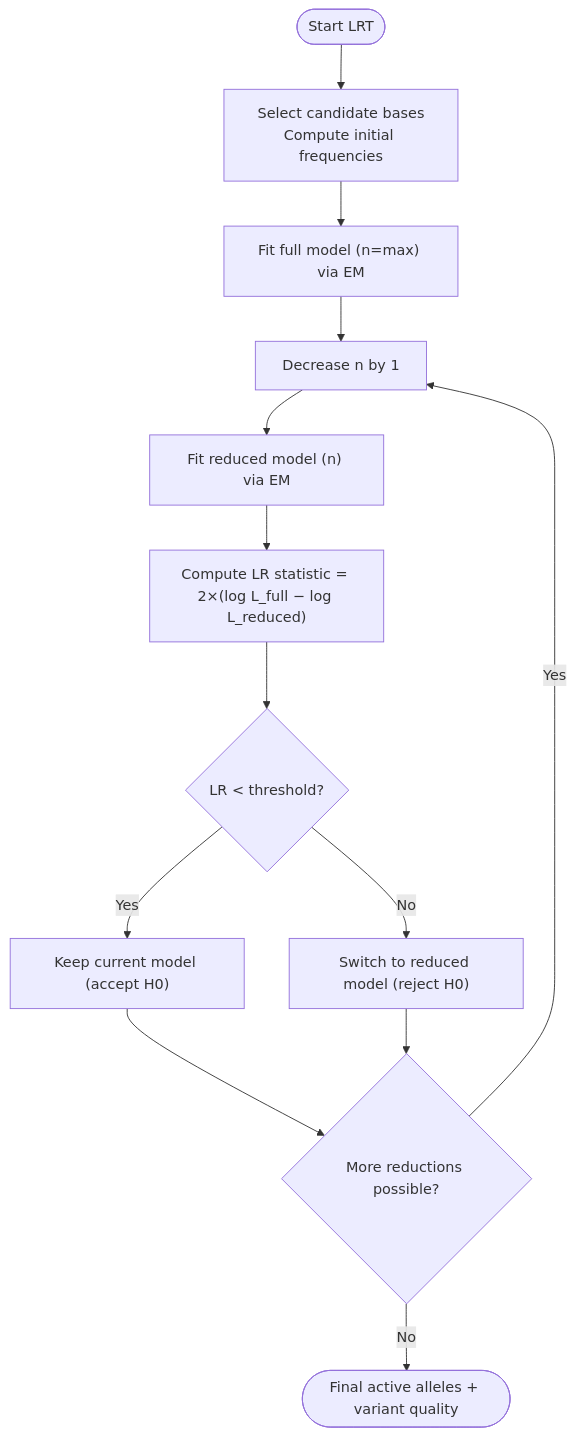
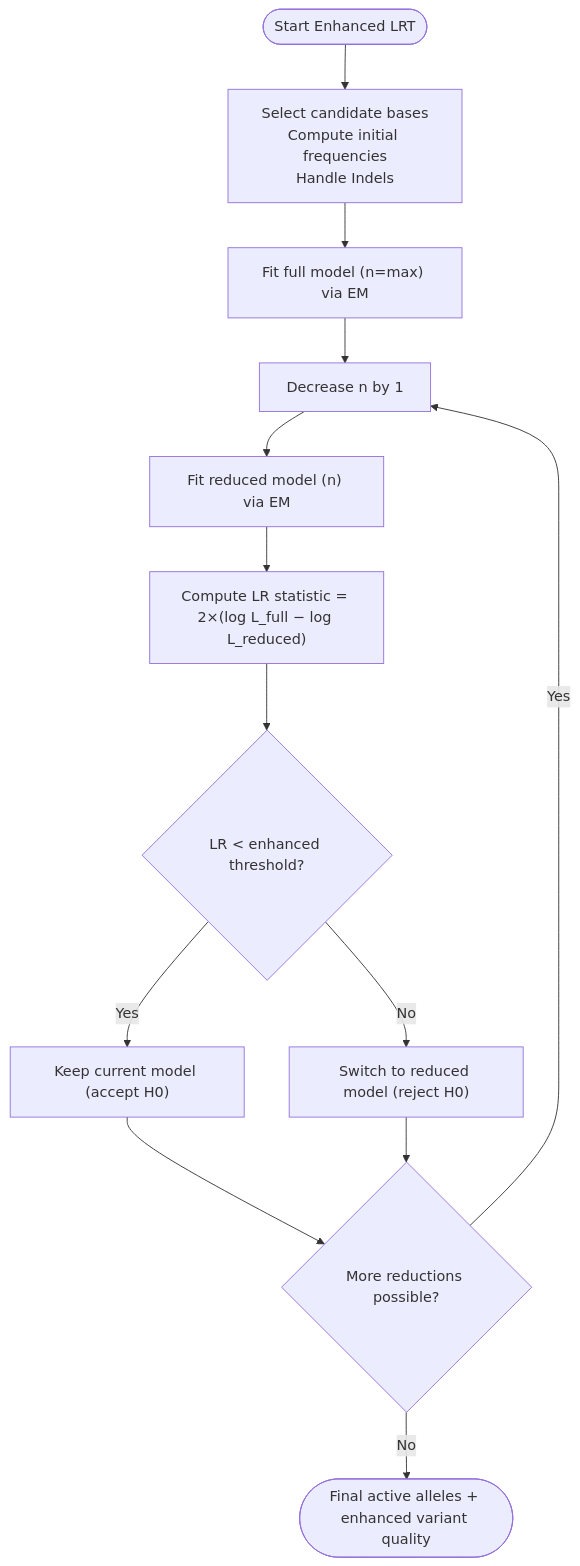
Before and after one commit to ShujiaHuang/BaseVar2: the third of 8 diagrams in .qoder/repowiki/en/content/Core Algorithm Architecture/Core Algorithm Architecture.md, drawn with Mermaid. The commit also changed other lines of this file and 6 other files, not shown here.

````diff
--- a/.qoder/repowiki/en/content/Core Algorithm Architecture/Core Algorithm Architecture.md
+++ b/.qoder/repowiki/en/content/Core Algorithm Architecture/Core Algorithm Architecture.md
@@ -127,15 +134,15 @@
 ```mermaid
 flowchart TD
-Start(["Start LRT"]) --> Init["Select candidate bases<br/>Compute initial frequencies"]
+Start(["Start Enhanced LRT"]) --> Init["Select candidate bases<br/>Compute initial frequencies<br/>Handle Indels"]
 Init --> FitFull["Fit full model (n=max) via EM"]
 FitFull --> Reduce["Decrease n by 1"]
 Reduce --> FitReduced["Fit reduced model (n) via EM"]
 FitReduced --> LRTStat["Compute LR statistic = 2×(log L_full − log L_reduced)"]
-LRTStat --> Threshold{"LR < threshold?"}
+LRTStat --> Threshold{"LR < enhanced threshold?"}
 Threshold --> |Yes| Keep["Keep current model (accept H0)"]
 Threshold --> |No| Take["Switch to reduced model (reject H0)"]
 Keep --> Next{"More reductions possible?"}
 Take --> Next
 Next --> |Yes| Reduce
-Next --> |No| End(["Final active alleles + variant quality"])
+Next --> |No| End(["Final active alleles + enhanced variant quality"])
 ```
````
